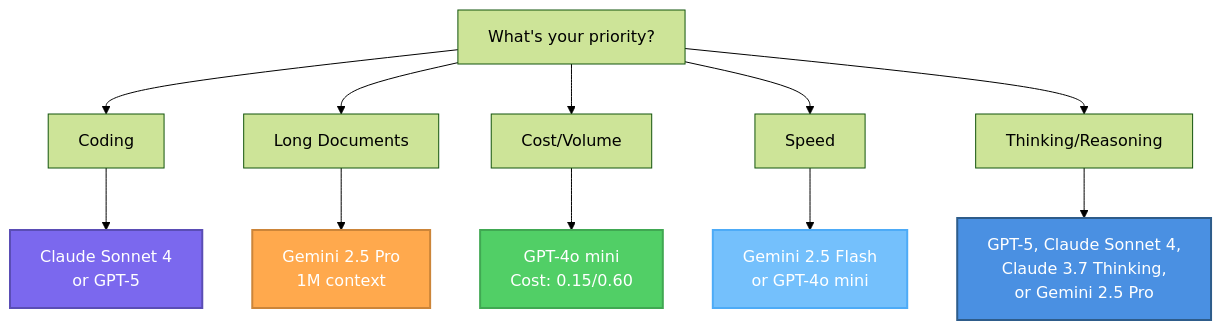
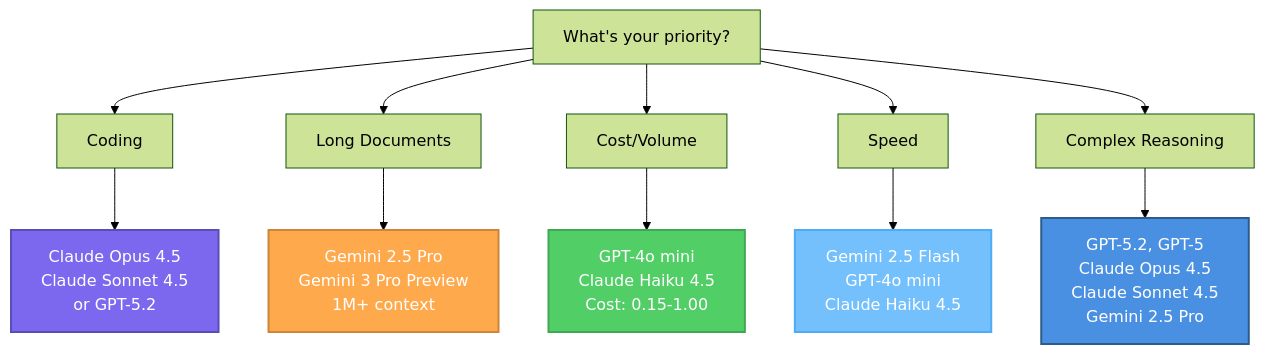
Before and after one commit to MeetWonka/starter: the diagram in ai-agents/creating-your-first-agent.mdx, drawn with Mermaid (forest theme). The commit also changed other lines of this file and 47 other files, not shown here.

````diff
--- a/ai-agents/creating-your-first-agent.mdx
+++ b/ai-agents/creating-your-first-agent.mdx
@@ -498,20 +515,20 @@
 ```mermaid
 graph TD
     A[What's your priority?] --> B[Coding]
     A --> C[Long Documents]
     A --> D[Cost/Volume]
     A --> E[Speed]
-    A --> F[Thinking/Reasoning]
+    A --> F[Complex Reasoning]
     
-    B --> B1[Claude Sonnet 4<br/>or GPT-5]
-    C --> C1[Gemini 2.5 Pro<br/>1M context]
-    D --> D1[GPT-4o mini<br/>Cost: 0.15/0.60]
-    E --> E1[Gemini 2.5 Flash<br/>or GPT-4o mini]
-    F --> F1[GPT-5, Claude Sonnet 4,<br/>Claude 3.7 Thinking,<br/>or Gemini 2.5 Pro]
+    B --> B1[Claude Opus 4.5<br/>Claude Sonnet 4.5<br/>or GPT-5.2]
+    C --> C1[Gemini 2.5 Pro<br/>Gemini 3 Pro Preview<br/>1M+ context]
+    D --> D1[GPT-4o mini<br/>Claude Haiku 4.5<br/>Cost: 0.15-1.00]
+    E --> E1[Gemini 2.5 Flash<br/>GPT-4o mini<br/>Claude Haiku 4.5]
+    F --> F1[GPT-5.2, GPT-5<br/>Claude Opus 4.5<br/>Claude Sonnet 4.5<br/>Gemini 2.5 Pro]
     
     style B1 fill:#7B68EE,stroke:#5A4DB5,stroke-width:2px,color:#fff
     style C1 fill:#FFA94D,stroke:#CC8539,stroke-width:2px,color:#fff
     style D1 fill:#51CF66,stroke:#40A852,stroke-width:2px,color:#fff
     style E1 fill:#74C0FC,stroke:#4DABF7,stroke-width:2px,color:#fff
     style F1 fill:#4A90E2,stroke:#2E5C8A,stroke-width:2px,color:#fff
 ```
````
